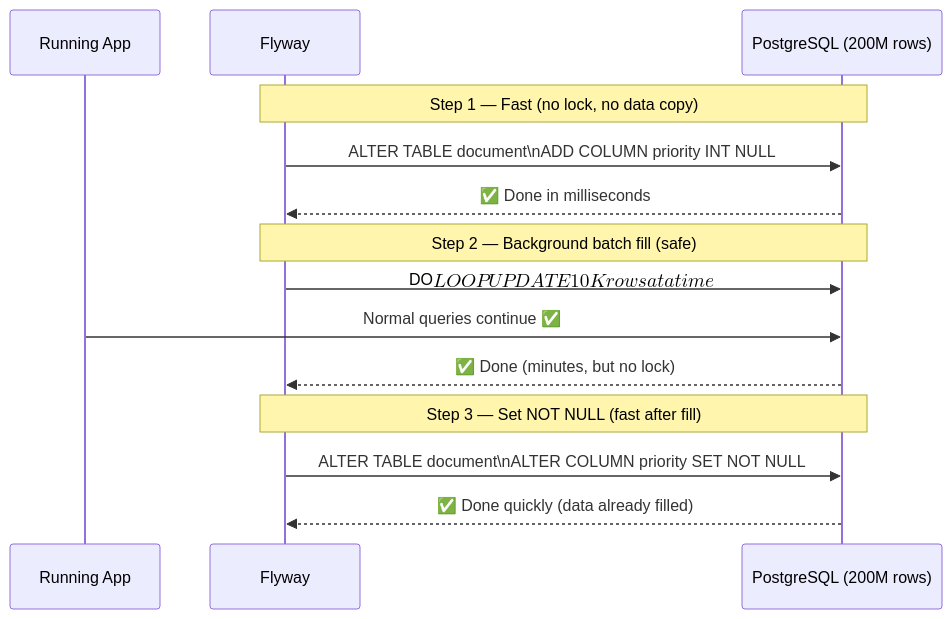
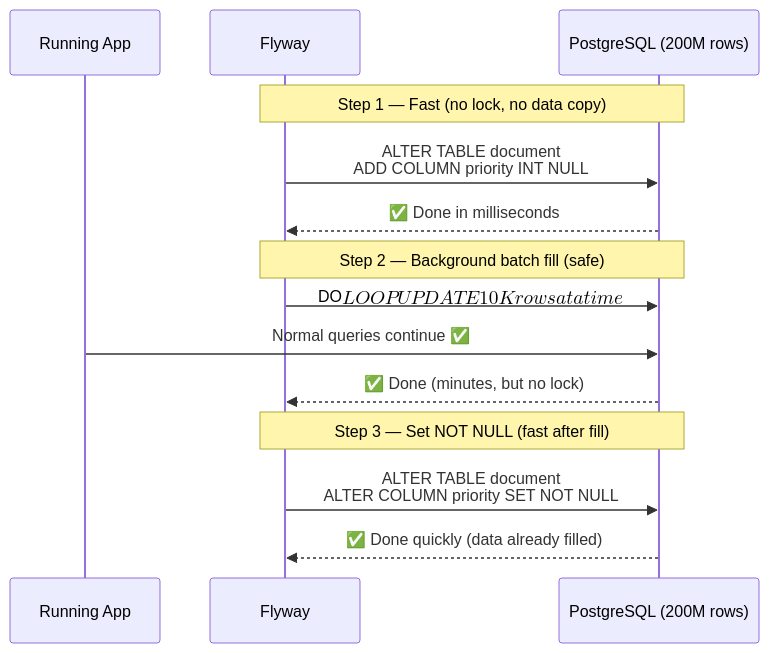
Before and after one commit to dangthobach/dangthobach.github.io: the second of 3 diagrams in quartz/content/Database-Patterns/DBMigration/DBMigration-04-Enterprise-Patterns.md, drawn with Mermaid. The commit also changed other lines of this file and 114 other files, not shown here.

````diff
--- a/quartz/content/Database-Patterns/DBMigration/DBMigration-04-Enterprise-Patterns.md
+++ b/quartz/content/Database-Patterns/DBMigration/DBMigration-04-Enterprise-Patterns.md
@@ -210,19 +210,19 @@
 ```mermaid
 sequenceDiagram
     participant App as Running App
     participant Flyway as Flyway
     participant DB as PostgreSQL (200M rows)
 
     Note over Flyway,DB: Step 1 — Fast (no lock, no data copy)
-    Flyway->>DB: ALTER TABLE document\nADD COLUMN priority INT NULL;
+    Flyway->>DB: ALTER TABLE document<br/>ADD COLUMN priority INT NULL;
     DB-->>Flyway: ✅ Done in milliseconds
 
     Note over Flyway,DB: Step 2 — Background batch fill (safe)
     Flyway->>DB: DO $$ LOOP UPDATE 10K rows at a time $$
     App->>DB: Normal queries continue ✅
     DB-->>Flyway: ✅ Done (minutes, but no lock)
 
     Note over Flyway,DB: Step 3 — Set NOT NULL (fast after fill)
-    Flyway->>DB: ALTER TABLE document\nALTER COLUMN priority SET NOT NULL;
+    Flyway->>DB: ALTER TABLE document<br/>ALTER COLUMN priority SET NOT NULL;
     DB-->>Flyway: ✅ Done quickly (data already filled)
 ```
````
